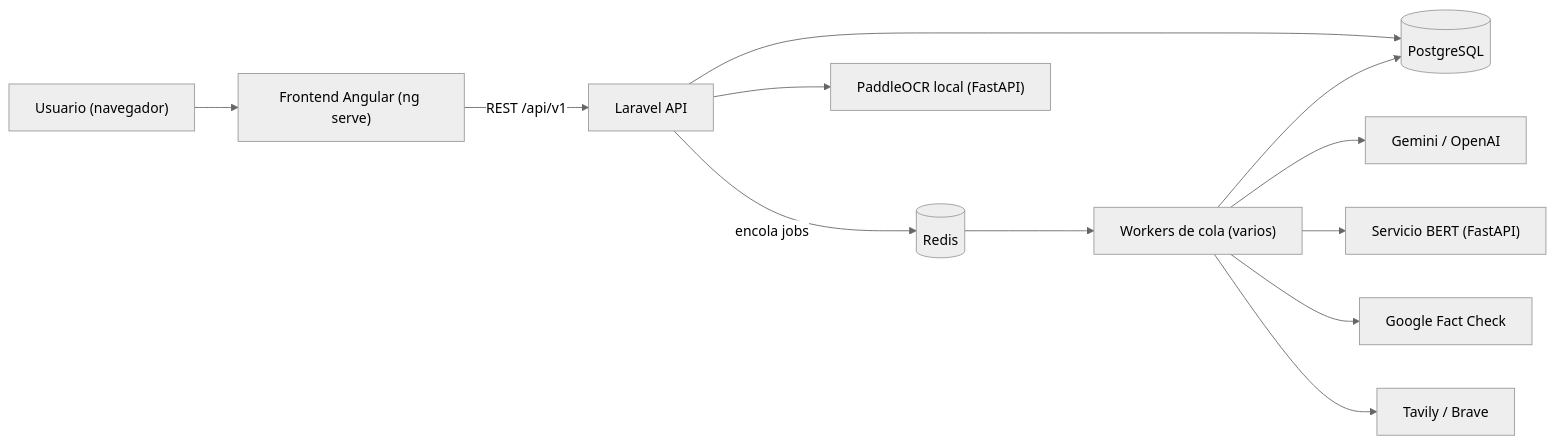
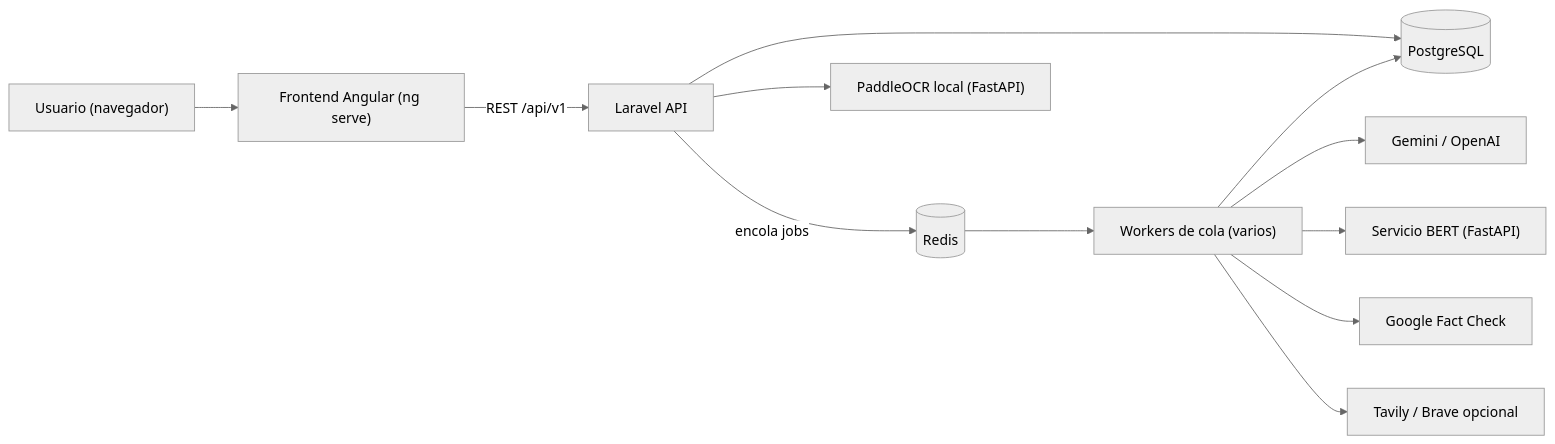
The first of 4 diagrams in README.md (JhayDarko/backend), drawn with Mermaid (neutral theme) before and after one commit. The commit also changed other lines of this file and 3 other files, not shown here.

````diff
--- a/README.md
+++ b/README.md
@@ -101,14 +102,14 @@
 ```mermaid
 flowchart LR
     U["Usuario (navegador)"] --> W["Frontend Angular (ng serve)"]
     W -->|"REST /api/v1"| A["Laravel API"]
     A --> PG[("PostgreSQL")]
     A -->|"encola jobs"| R[("Redis")]
     A --> OCR["PaddleOCR local (FastAPI)"]
     R --> Q["Workers de cola (varios)"]
     Q --> PG
     Q --> G["Gemini / OpenAI"]
     Q --> B["Servicio BERT (FastAPI)"]
     Q --> F["Google Fact Check"]
-    Q --> S["Tavily / Brave"]
+    Q --> S["Tavily / Brave opcional"]
 ```
````
